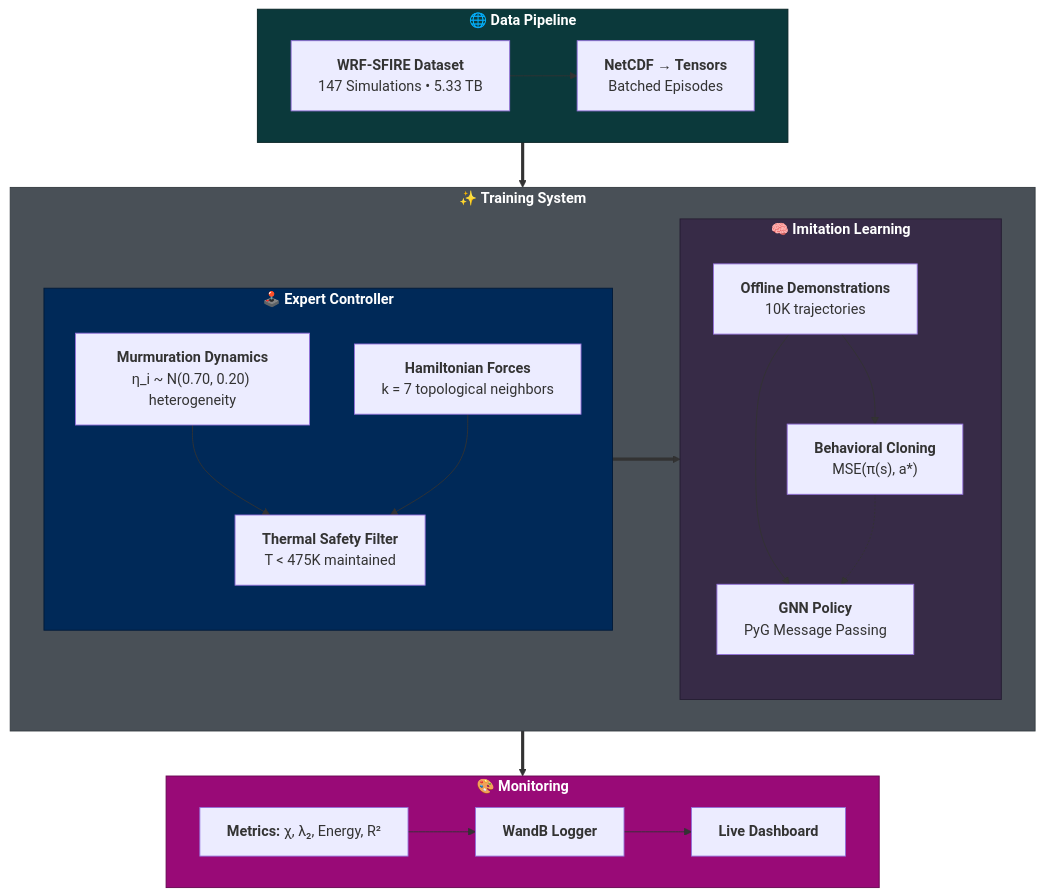
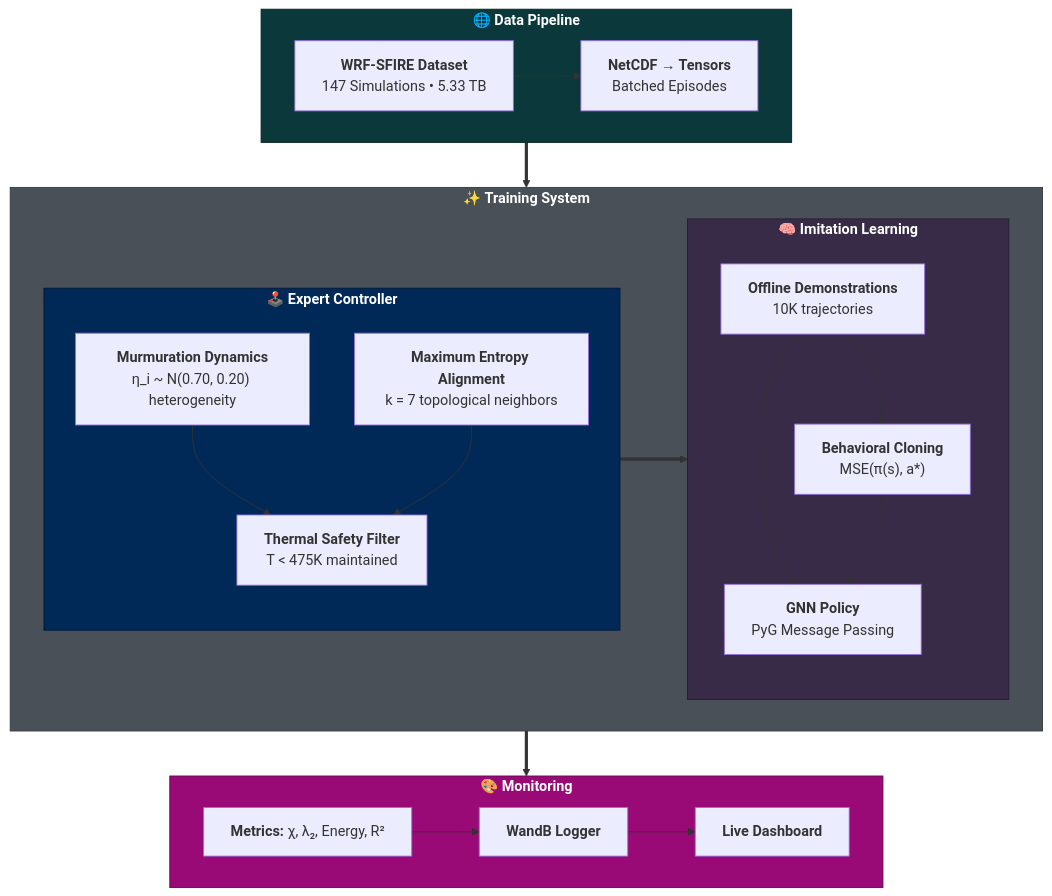
Before and after one commit to Jybbs/Thermur: the diagram in README.md, drawn with Mermaid. The commit also changed other lines of this file and 7 other files, not shown here.

First line of the commit message:
refactor: align with maximum entropy framework and ensure deterministic randomness

````diff
--- a/README.md
+++ b/README.md
@@ -74,48 +74,48 @@
 ```mermaid
 flowchart TB
     subgraph Data["🌐 <b>Data Pipeline</b>"]
         A["<b>WRF-SFIRE Dataset</b><br/>147 Simulations • 5.33 TB"]
         B["<b>NetCDF → Tensors</b><br/>Batched Episodes"]
         A --> B
     end
 
     subgraph Training["✨ <b>Training System</b>"]
         subgraph Expert["🕹️ <b>Expert Controller</b>"]
             direction TB
             C["<b>Murmuration Dynamics</b><br/>η_i ~ N(0.70, 0.20) heterogeneity"]
-            D["<b>Hamiltonian Forces</b><br/>k = 7 topological neighbors"]
+            D["<b>Maximum Entropy Alignment</b><br/>k = 7 topological neighbors"]
             E["<b>Thermal Safety Filter</b><br/>T < 475K maintained"]
             C --> E
             D --> E
         end
 
         subgraph Learning["🧠 <b>Imitation Learning</b>"]
             direction TB
             F["<b>Offline Demonstrations</b><br/>10K trajectories"]
             G["<b>GNN Policy</b><br/>PyG Message Passing"]
             H["<b>Behavioral Cloning</b><br/>MSE(π(s), a*)"]
             F --> G
             F --> H
         end
 
         E ==> F
         H -.-> G
     end
 
     subgraph Monitor["🎨 <b>Monitoring</b>"]
         I["<b>Metrics:</b> χ, λ₂, Energy, R²"]
         J["<b>WandB Logger</b>"]
         K["<b>Live Dashboard</b>"]
         I --> J
         J --> K
     end
 
     Data ==> Training
     Training ==> Monitor
 
     style Data fill:#0b393b,stroke:#052123,color:#fff
     style Training fill:#495057,stroke:#343a40,color:#fff
     style Expert fill:#002958,stroke:#001a39,color:#fff
     style Learning fill:#372B47,stroke:#251d32,color:#fff
     style Monitor fill:#990a77,stroke:#660550,color:#fff
 ```
````
